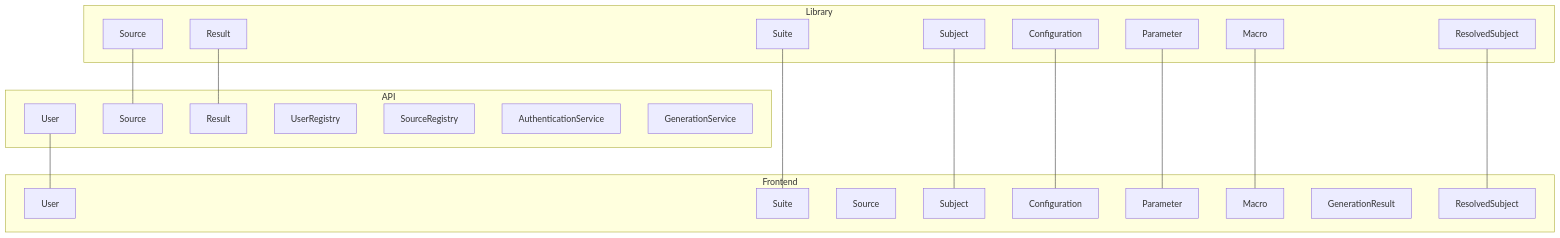
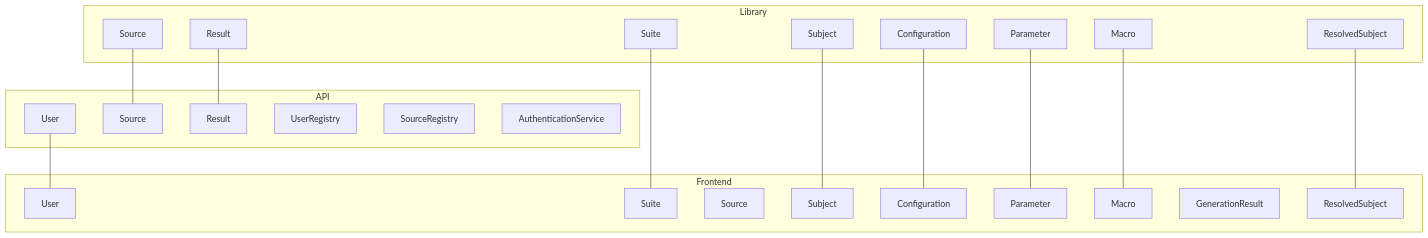
The fourth of 8 diagrams in Writerside/topics/Domain-Driven-Design.md (mini-roostico/subjekt-doc), drawn with Mermaid before and after one commit. The commit also changed other lines of this file and 1 other file, not shown here.

Commit message:
feat: added class diagrams in Domain-Driven-Design.md

````diff
--- a/Writerside/topics/Domain-Driven-Design.md
+++ b/Writerside/topics/Domain-Driven-Design.md
@@ -247,46 +259,45 @@
 ```mermaid
 graph TD
     subgraph Library
         L1[Suite]
         L2[Subject]
         L3[Configuration]
         L4[Parameter]
         L5[Macro]
         L6[ResolvedSubject]
         L7[Source]
         L8[Result]
     end
 
     subgraph API
         A1[User]
         A2[Source]
         A3[Result]
         A4[UserRegistry]
         A5[SourceRegistry]
         A6[AuthenticationService]
-        A7[GenerationService]
     end
 
     subgraph Frontend
         F1[User]
         F2[Suite]
         F3[Source]
         F4[Subject]
         F5[Configuration]
         F6[Parameter]
         F7[Macro]
         F8[GenerationResult]
         F9[ResolvedSubject]
     end
 
     L7 --- A2
     L8 --- A3
     A1 --- F1
     L1 --- F2
     L2 --- F4
     L3 --- F5
     L4 --- F6
     L5 --- F7
     L6 --- F9
 
 ```
````
